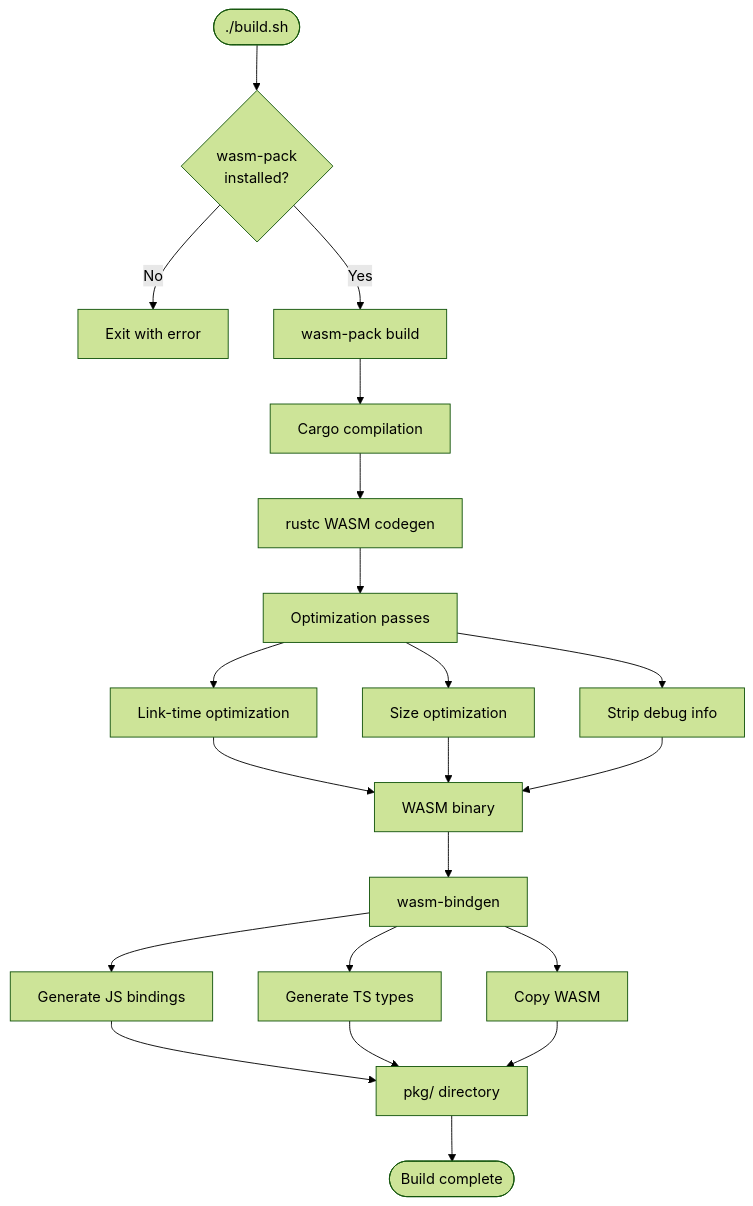
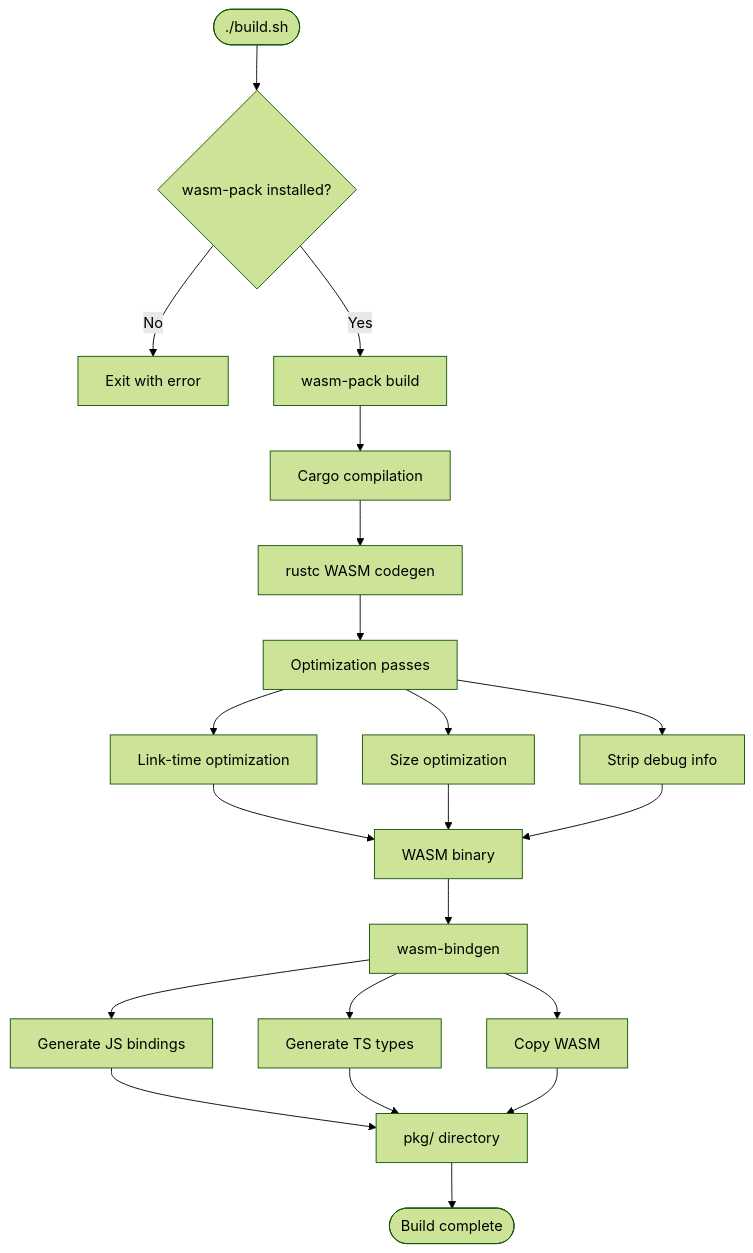
One commit to softwarewrighter/rust-wasm-monitor changed the second of 3 diagrams in wiki/Build-System.md. Above: the diagram before and after it, drawn with Mermaid (forest theme). The commit also changed other lines of this file and 6 other files, not shown here.

````diff
--- a/wiki/Build-System.md
+++ b/wiki/Build-System.md
@@ -154,29 +154,29 @@
 ```mermaid
 flowchart TD
-    START([./build.sh]) --> CHECK{wasm-pack<br/>installed?}
+    START([./build.sh]) --> CHECK{wasm-pack installed?}
     CHECK -->|No| ERROR[Exit with error]
     CHECK -->|Yes| BUILD[wasm-pack build]
 
     BUILD --> CARGO[Cargo compilation]
     CARGO --> RUSTC[rustc WASM codegen]
     RUSTC --> OPT[Optimization passes]
 
     OPT --> LTO[Link-time optimization]
     OPT --> SIZE[Size optimization]
     OPT --> STRIP[Strip debug info]
 
     LTO --> WASM[WASM binary]
     SIZE --> WASM
     STRIP --> WASM
 
     WASM --> BINDGEN[wasm-bindgen]
     BINDGEN --> JS[Generate JS bindings]
     BINDGEN --> TS[Generate TS types]
     BINDGEN --> COPY[Copy WASM]
 
     JS --> PKG[pkg/ directory]
     TS --> PKG
     COPY --> PKG
 
     PKG --> COMPLETE([Build complete])
 ```
````
